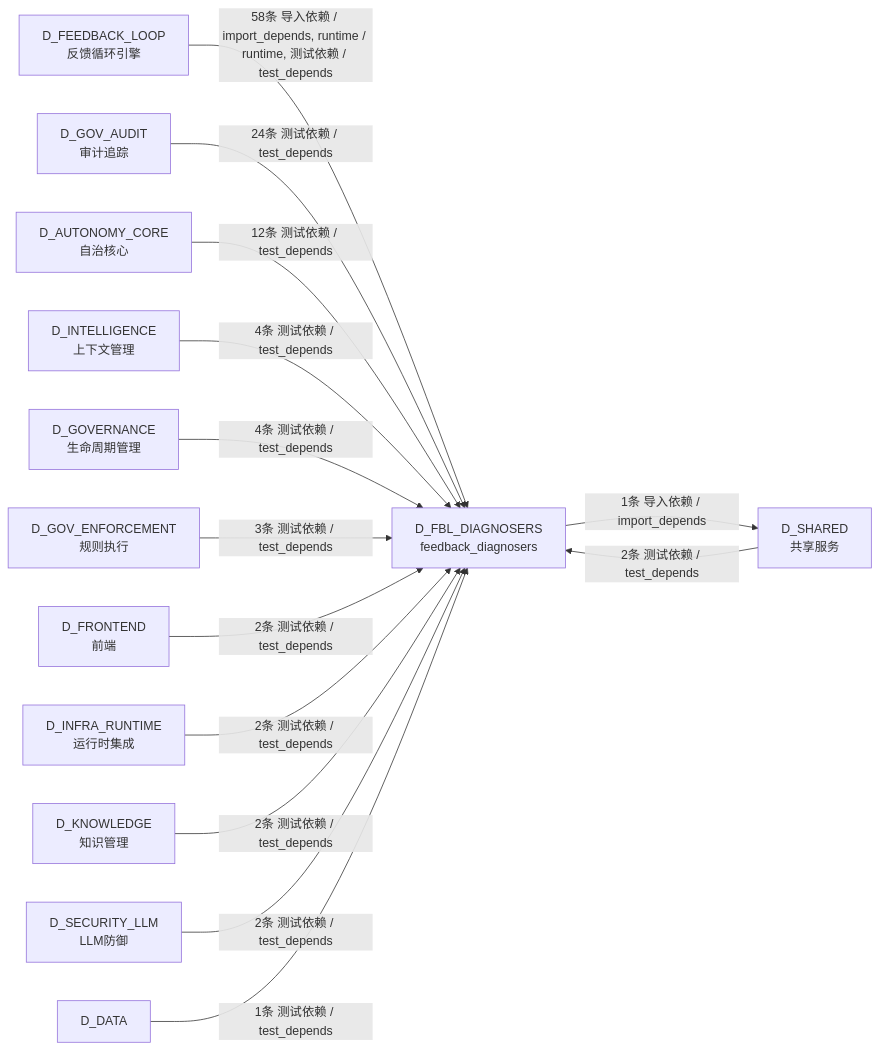
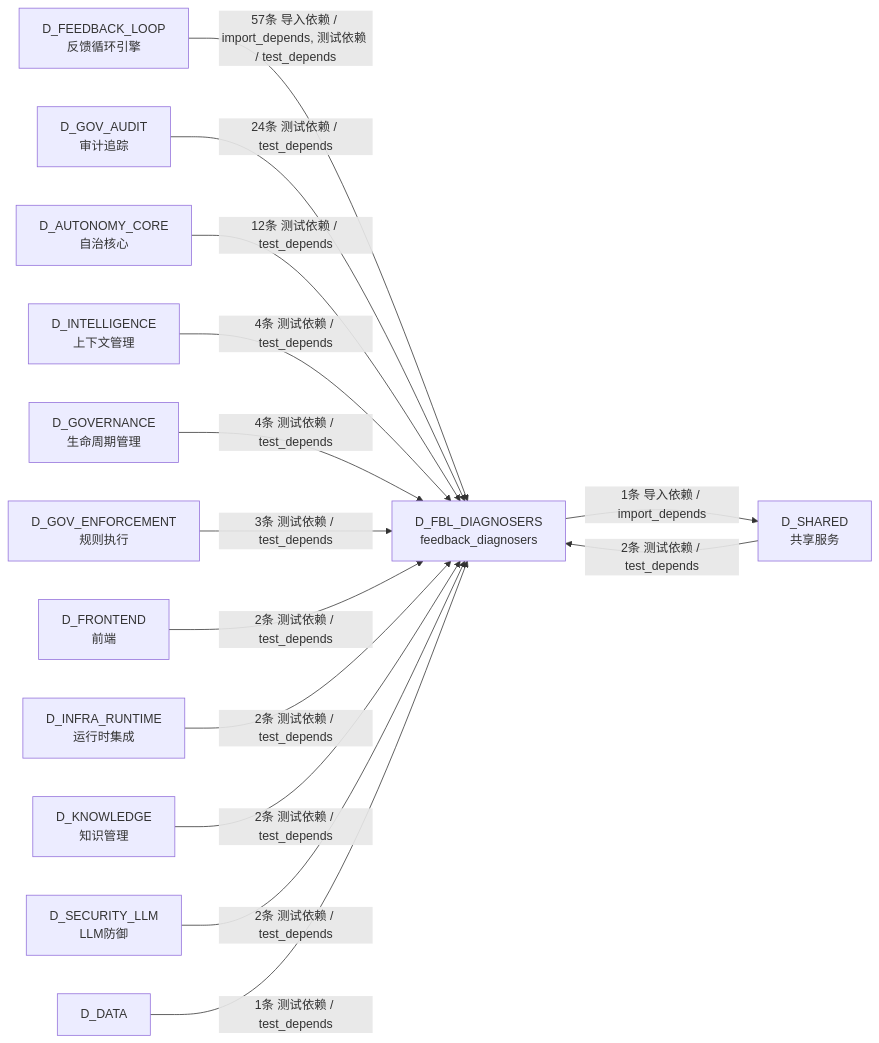
Before and after one commit to xuanFelixVan/ZephyrAlpha: the sixth of 6 diagrams in docs/02_enterprise_architecture/02_domain_architecture_docs/12_d_fbl_diagnosers.md, drawn with Mermaid. The commit also changed other lines of this file and 125 other files, not shown here.

````diff
--- a/docs/02_enterprise_architecture/02_domain_architecture_docs/12_d_fbl_diagnosers.md
+++ b/docs/02_enterprise_architecture/02_domain_architecture_docs/12_d_fbl_diagnosers.md
@@ -607,29 +605,29 @@
 ```mermaid
 graph LR
     D_FBL_DIAGNOSERS["D_FBL_DIAGNOSERS<br/>feedback_diagnosers"]
     D_SHARED["D_SHARED<br/>共享服务"]
     D_FEEDBACK_LOOP["D_FEEDBACK_LOOP<br/>反馈循环引擎"]
     D_GOV_AUDIT["D_GOV_AUDIT<br/>审计追踪"]
     D_AUTONOMY_CORE["D_AUTONOMY_CORE<br/>自治核心"]
     D_INTELLIGENCE["D_INTELLIGENCE<br/>上下文管理"]
     D_GOVERNANCE["D_GOVERNANCE<br/>生命周期管理"]
     D_GOV_ENFORCEMENT["D_GOV_ENFORCEMENT<br/>规则执行"]
     D_FRONTEND["D_FRONTEND<br/>前端"]
     D_INFRA_RUNTIME["D_INFRA_RUNTIME<br/>运行时集成"]
     D_KNOWLEDGE["D_KNOWLEDGE<br/>知识管理"]
     D_SECURITY_LLM["D_SECURITY_LLM<br/>LLM防御"]
     D_DATA["D_DATA"]
     D_FBL_DIAGNOSERS -->|1条 导入依赖 / import_depends| D_SHARED
-    D_FEEDBACK_LOOP -->|58条 导入依赖 / import_depends, runtime / runtime, 测试依赖 / test_depends| D_FBL_DIAGNOSERS
+    D_FEEDBACK_LOOP -->|57条 导入依赖 / import_depends, 测试依赖 / test_depends| D_FBL_DIAGNOSERS
     D_GOV_AUDIT -->|24条 测试依赖 / test_depends| D_FBL_DIAGNOSERS
     D_AUTONOMY_CORE -->|12条 测试依赖 / test_depends| D_FBL_DIAGNOSERS
     D_INTELLIGENCE -->|4条 测试依赖 / test_depends| D_FBL_DIAGNOSERS
     D_GOVERNANCE -->|4条 测试依赖 / test_depends| D_FBL_DIAGNOSERS
     D_GOV_ENFORCEMENT -->|3条 测试依赖 / test_depends| D_FBL_DIAGNOSERS
     D_FRONTEND -->|2条 测试依赖 / test_depends| D_FBL_DIAGNOSERS
     D_INFRA_RUNTIME -->|2条 测试依赖 / test_depends| D_FBL_DIAGNOSERS
     D_KNOWLEDGE -->|2条 测试依赖 / test_depends| D_FBL_DIAGNOSERS
     D_SECURITY_LLM -->|2条 测试依赖 / test_depends| D_FBL_DIAGNOSERS
     D_SHARED -->|2条 测试依赖 / test_depends| D_FBL_DIAGNOSERS
     D_DATA -->|1条 测试依赖 / test_depends| D_FBL_DIAGNOSERS
 ```
````
